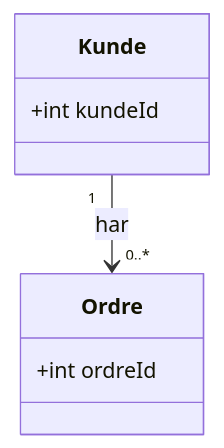
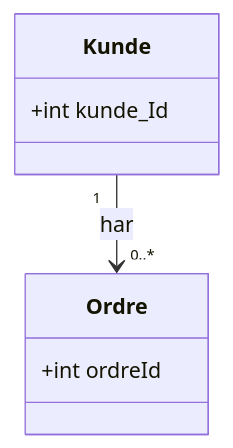
One commit to Tine-m/uml-demo changed the diagram in README.md. Above: the diagram before and after it, drawn with Mermaid.

````diff
--- a/README.md
+++ b/README.md
@@ -3,12 +3,12 @@
 ```mermaid
 classDiagram
     Kunde "1" --> "0..*" Ordre : har
     
     class Kunde {
-        +int kundeId
+        +int kunde_Id
     }
     
     class Ordre {
         +int ordreId
     }
 ```
````
